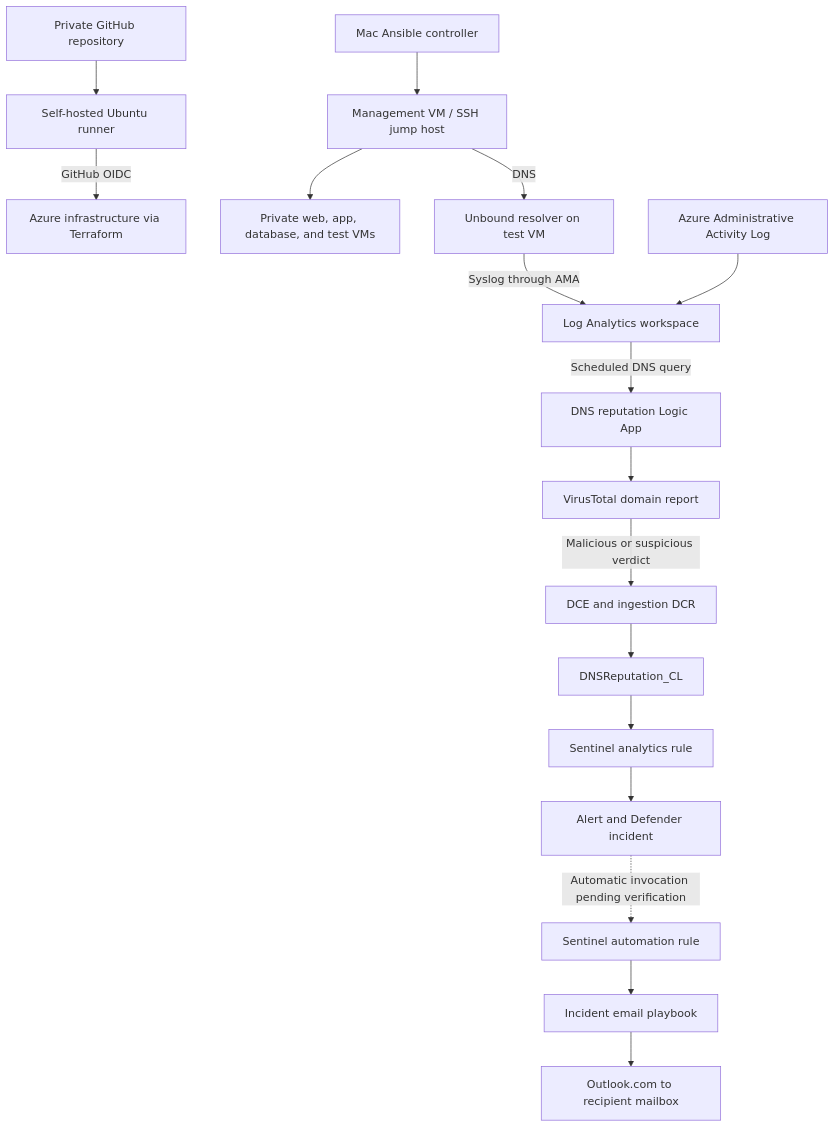
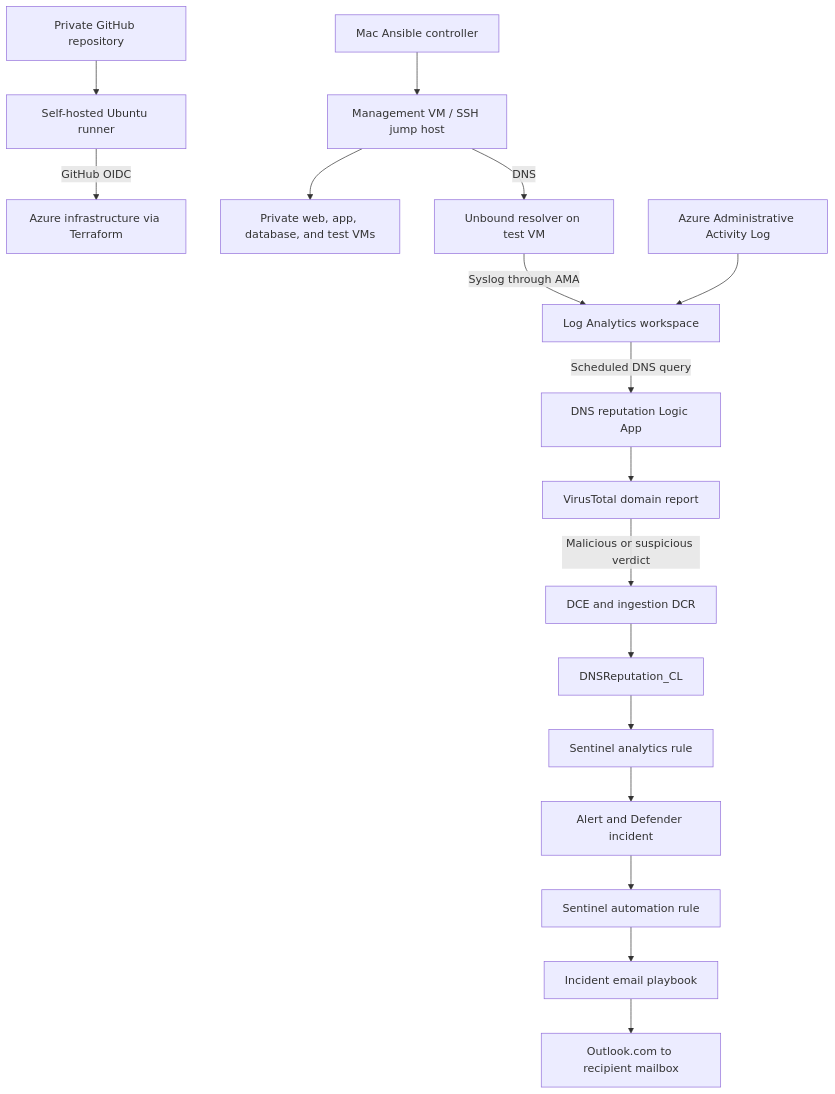
One commit to Anthonydeangelis/Azure-Infra-Security-Lab changed the diagram in README.md. Above: the diagram before and after it, drawn with Mermaid. The commit also changed other lines of this file, not shown here.

````diff
--- a/README.md
+++ b/README.md
@@ -25,19 +46,19 @@
 ```mermaid
 flowchart TD
     GitHub[Private GitHub repository] --> Runner[Self-hosted Ubuntu runner]
     Runner -->|GitHub OIDC| Azure[Azure infrastructure via Terraform]
     Ansible[Mac Ansible controller] --> Management[Management VM / SSH jump host]
     Management --> Workloads[Private web, app, database, and test VMs]
     Management -->|DNS| Unbound[Unbound resolver on test VM]
     Unbound -->|Syslog through AMA| LAW[Log Analytics workspace]
     Activity[Azure Administrative Activity Log] --> LAW
     LAW -->|Scheduled DNS query| Reputation[DNS reputation Logic App]
     Reputation --> VT[VirusTotal domain report]
     VT -->|Malicious or suspicious verdict| Ingestion[DCE and ingestion DCR]
     Ingestion --> Verdicts[DNSReputation_CL]
     Verdicts --> Detection[Sentinel analytics rule]
     Detection --> Incident[Alert and Defender incident]
-    Incident -. Automatic invocation pending verification .-> Automation[Sentinel automation rule]
+    Incident --> Automation[Sentinel automation rule]
     Automation --> Email[Incident email playbook]
     Email --> Outlook[Outlook.com to recipient mailbox]
 ```
````
